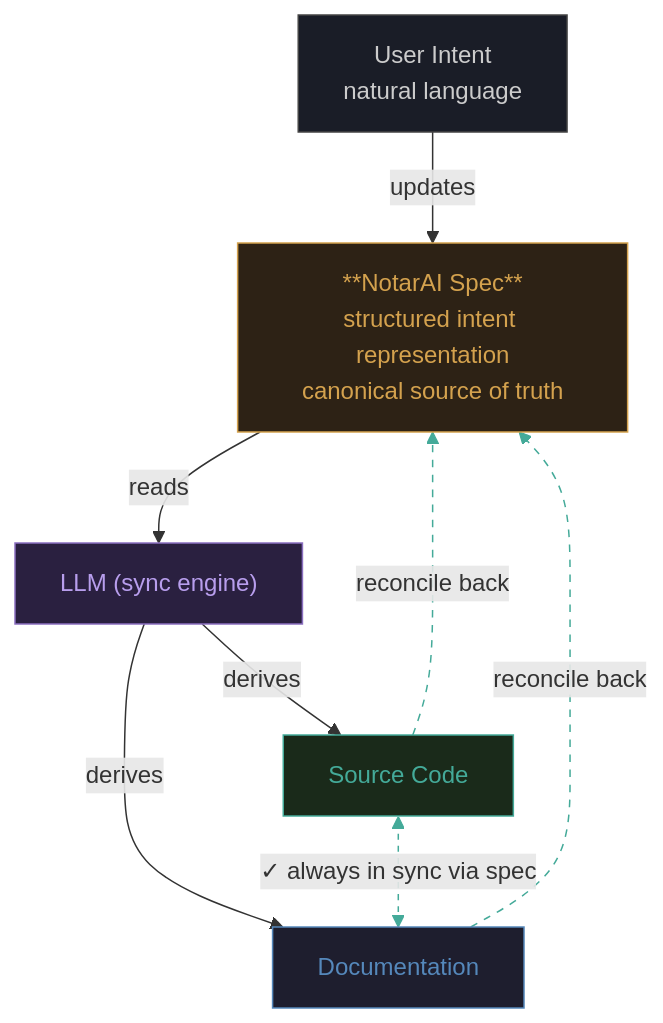
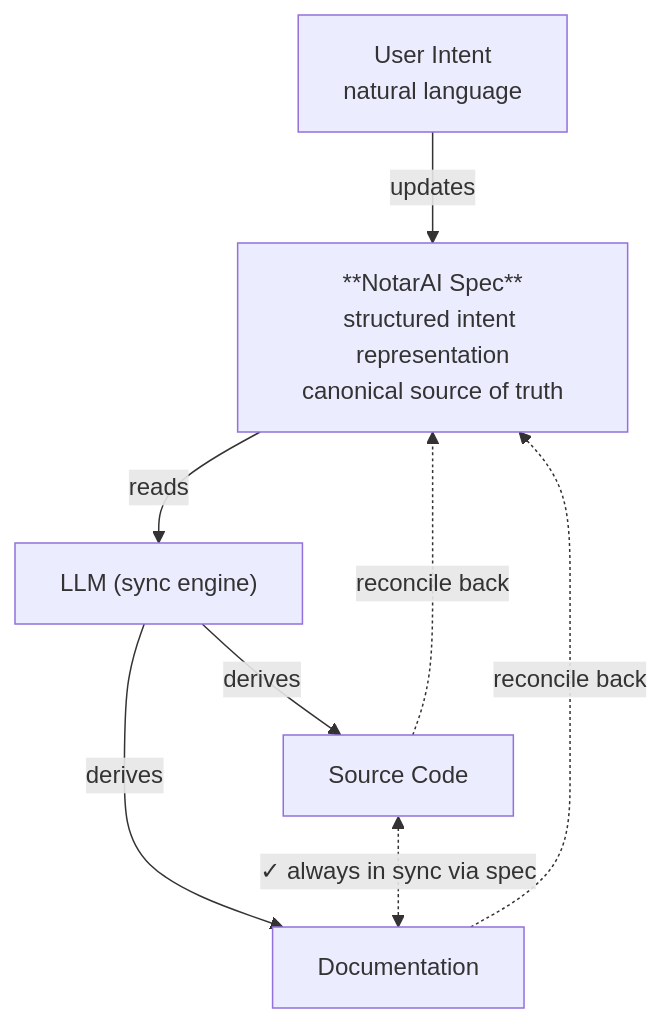
The third of 13 diagrams in docs-site/src/content/docs/background/design-diagrams.md (davidroeca/NotarAI), drawn with Mermaid before and after one commit. The commit also changed other lines of this file and 12 other files, not shown here.

First line of the commit message:
Update docs site - mermaid rendering

````diff
--- a/docs-site/src/content/docs/background/design-diagrams.md
+++ b/docs-site/src/content/docs/background/design-diagrams.md
@@ -58,26 +45,16 @@
 ```mermaid
 flowchart TD
     Intent["User Intent<br/>natural language"]
     Spec["**NotarAI Spec**<br/>structured intent representation<br/>canonical source of truth"]
     LLM["LLM (sync engine)"]
     Code["Source Code"]
     Docs["Documentation"]
 
     Intent -->|updates| Spec
     Spec -->|reads| LLM
     LLM -->|derives| Code
     LLM -->|derives| Docs
     Code -.->|reconcile back| Spec
     Docs -.->|reconcile back| Spec
     Code <-.->|"✓ always in sync via spec"| Docs
-
-    style Intent fill:#1a1d27,stroke:#444,color:#ccc
-    style Spec fill:#2d2215,stroke:#d4a24e,color:#d4a24e
-    style LLM fill:#2a2040,stroke:#8b6fc0,color:#b89eed
-    style Code fill:#1a2a1a,stroke:#4a9,color:#4a9
-    style Docs fill:#1e1e2e,stroke:#5588bb,color:#5588bb
-
-    linkStyle 4 stroke:#4a9,stroke-dasharray:5 5
-    linkStyle 5 stroke:#4a9,stroke-dasharray:5 5
-    linkStyle 6 stroke:#4a9,stroke-dasharray:4 4
 ```
````
